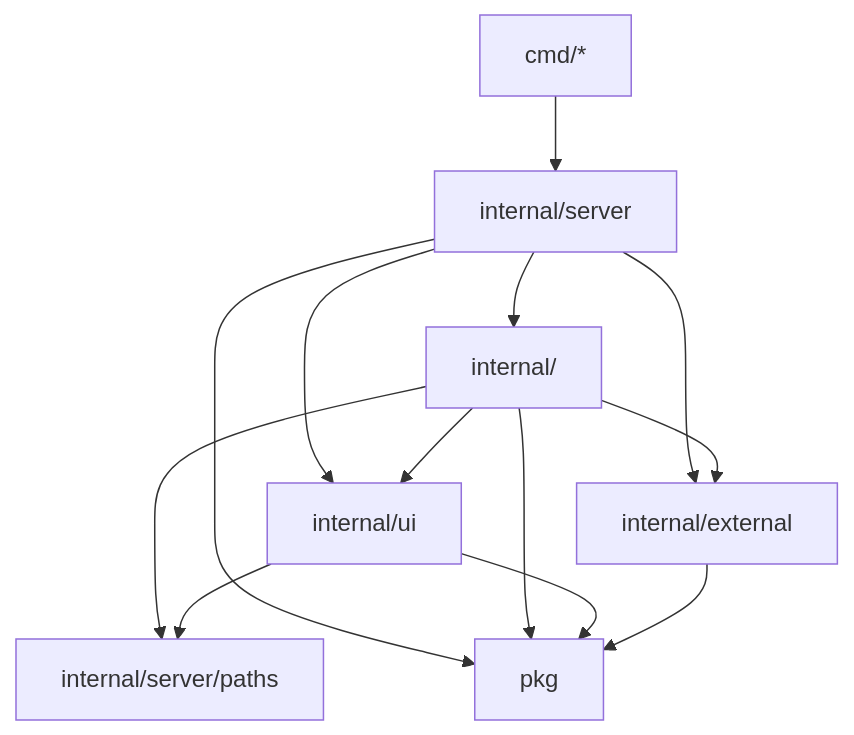
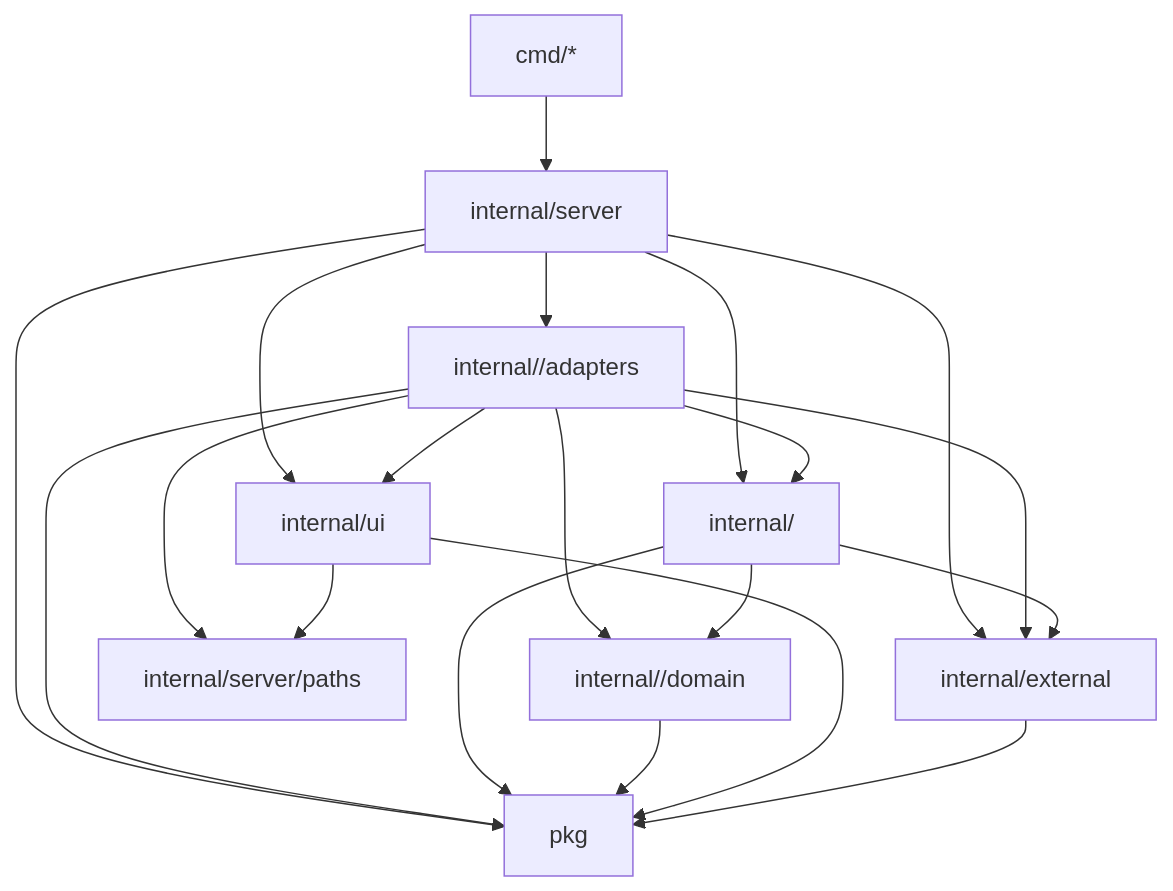
Before and after one commit to tung-dnt/lean-go: the diagram in LEANGO.md, drawn with Mermaid. The commit also changed other lines of this file and 34 other files, not shown here.

First line of the commit message:
refactor: split each domain into business root, domain rules and adapters (#1)

````diff
--- a/LEANGO.md
+++ b/LEANGO.md
@@ -41,15 +44,22 @@
 ```mermaid
 flowchart TD
   cmd["cmd/*"] --> server["internal/server"]
-  server --> domain["internal/<domain>"]
+  server --> adapters["internal/<domain>/adapters"]
+  server --> root["internal/<domain>"]
   server --> ui["internal/ui"]
   server --> external["internal/external"]
   server --> pkg["pkg"]
-  domain --> ui
-  domain --> external
-  domain --> paths["internal/server/paths"]
-  domain --> pkg
+  adapters --> root
+  adapters --> rules["internal/<domain>/domain"]
+  adapters --> ui
+  adapters --> external
+  adapters --> paths["internal/server/paths"]
+  adapters --> pkg
+  root --> rules
+  root --> external
+  root --> pkg
+  rules --> pkg
   ui --> paths
   ui --> pkg
   external --> pkg
 ```
````
